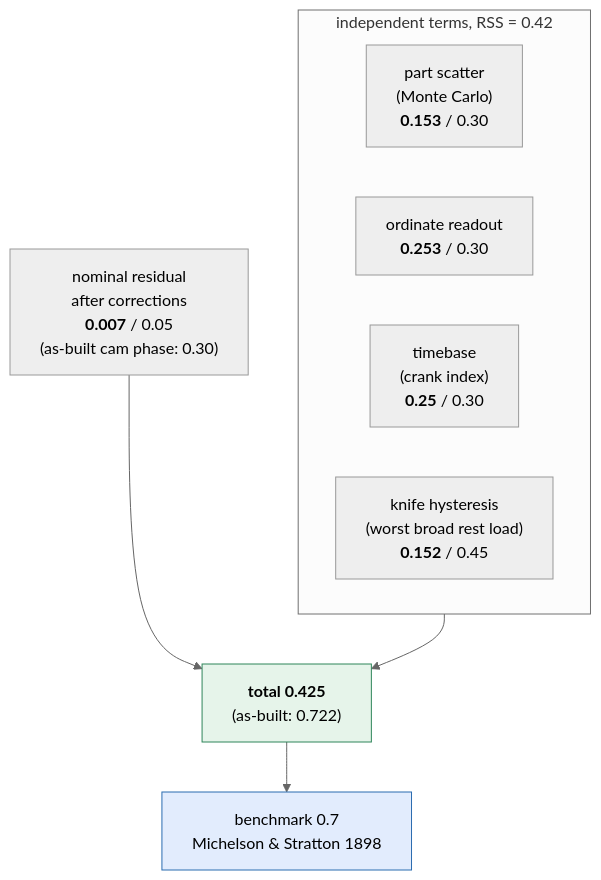
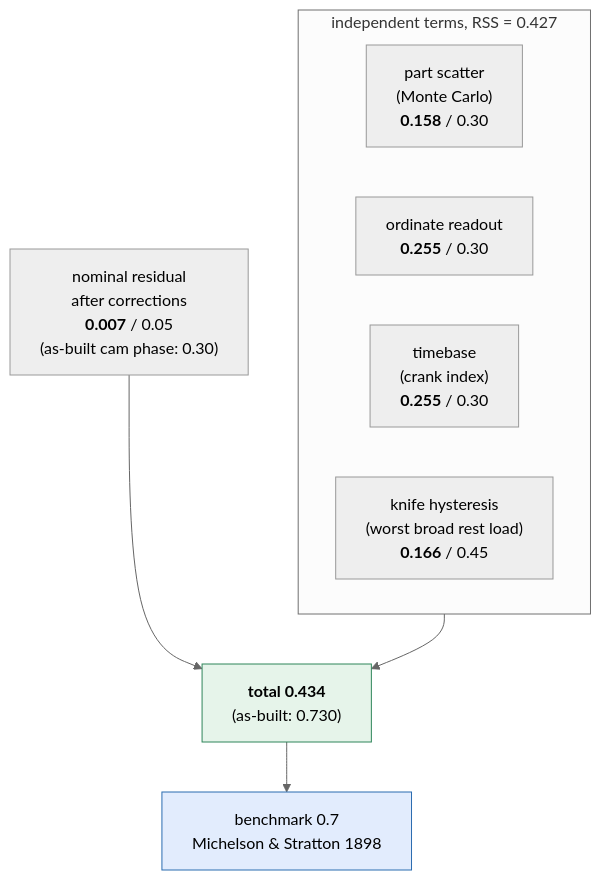
The third of 4 diagrams in cad/docs/tolerance-policy.md (pedropaulovc/harmonic-analyzer), drawn with Mermaid (neutral theme) before and after one commit. The commit also changed other lines of this file and 1 other file, not shown here.

````diff
--- a/cad/docs/tolerance-policy.md
+++ b/cad/docs/tolerance-policy.md
@@ -385,16 +385,16 @@
 ```mermaid
 flowchart TB
-    subgraph rss["independent terms, RSS = 0.42"]
+    subgraph rss["independent terms, RSS = 0.427"]
         direction LR
-        s["part scatter<br/>(Monte Carlo)<br/><b>0.153</b> / 0.30"]
-        r["ordinate readout<br/><b>0.253</b> / 0.30"]
-        t["timebase<br/>(crank index)<br/><b>0.25</b> / 0.30"]
-        k["knife hysteresis<br/>(worst broad rest load)<br/><b>0.152</b> / 0.45"]
+        s["part scatter<br/>(Monte Carlo)<br/><b>0.158</b> / 0.30"]
+        r["ordinate readout<br/><b>0.255</b> / 0.30"]
+        t["timebase<br/>(crank index)<br/><b>0.255</b> / 0.30"]
+        k["knife hysteresis<br/>(worst broad rest load)<br/><b>0.166</b> / 0.45"]
     end
     n["nominal residual<br/>after corrections<br/><b>0.007</b> / 0.05<br/>(as-built cam phase: 0.30)"]
-    rss --> total["<b>total 0.425</b><br/>(as-built: 0.722)"]
+    rss --> total["<b>total 0.434</b><br/>(as-built: 0.730)"]
     n --> total
     total --> bench["benchmark 0.7<br/>Michelson & Stratton 1898"]
     style total fill:#e6f4ea,stroke:#2f855a
     style bench fill:#e2ecfd,stroke:#2b6cb0
 ```
````
